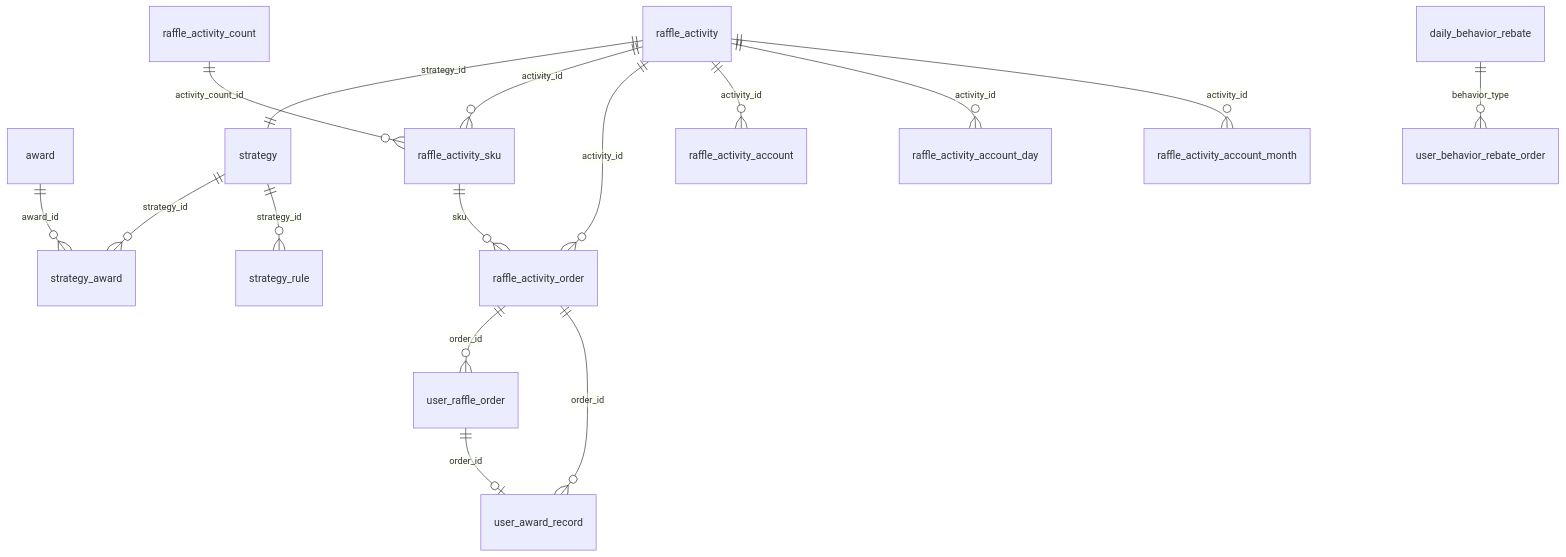
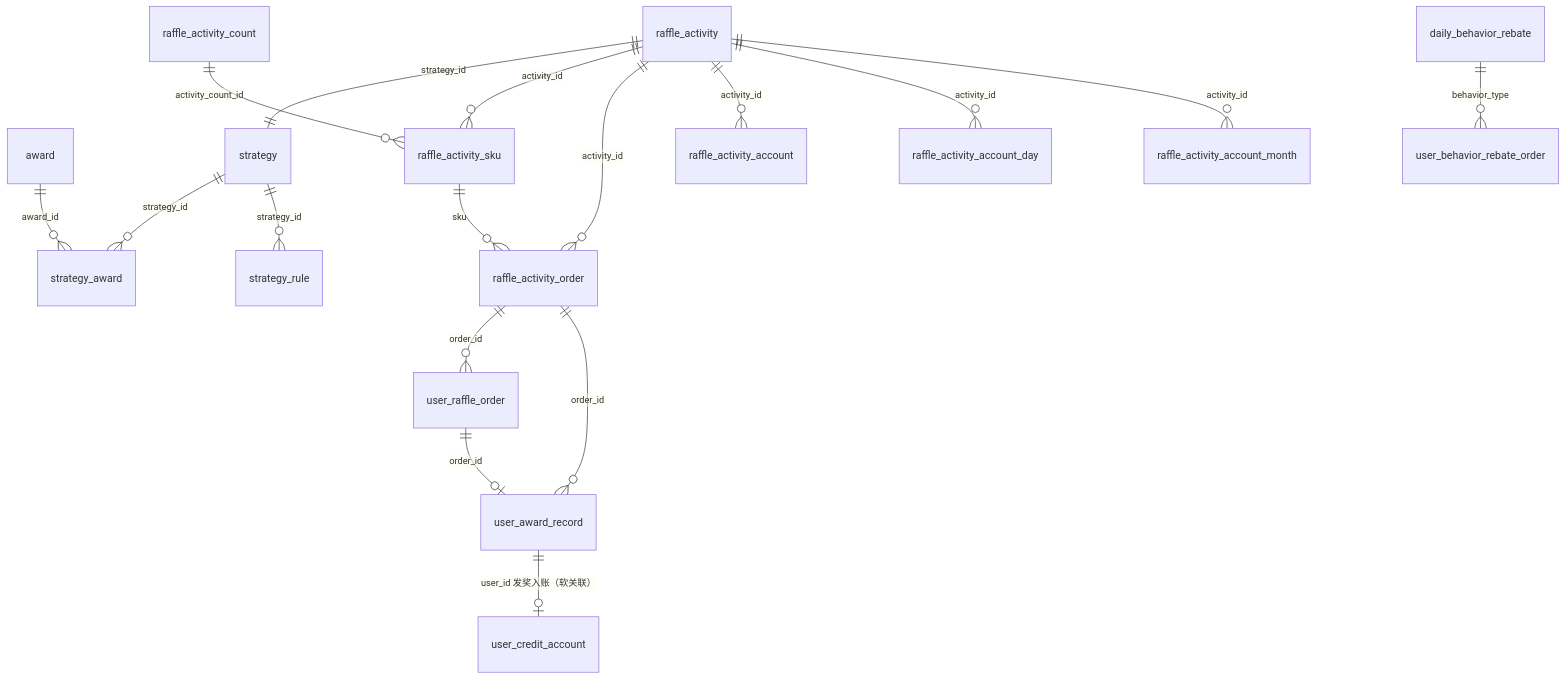
The diagram in docs/dev-ops/mysql/数据库设计文档.md (xiaomage007/marketing), drawn with Mermaid before and after one commit. The commit also changed other lines of this file and 14 other files, not shown here.

````diff
--- a/docs/dev-ops/mysql/数据库设计文档.md
+++ b/docs/dev-ops/mysql/数据库设计文档.md
@@ -79,18 +84,19 @@
 ```mermaid
 erDiagram
     award ||--o{ strategy_award : "award_id"
     strategy ||--o{ strategy_award : "strategy_id"
     strategy ||--o{ strategy_rule : "strategy_id"
     raffle_activity ||--|| strategy : "strategy_id"
     raffle_activity ||--o{ raffle_activity_sku : "activity_id"
     raffle_activity_count ||--o{ raffle_activity_sku : "activity_count_id"
     raffle_activity_sku ||--o{ raffle_activity_order : "sku"
     raffle_activity ||--o{ raffle_activity_order : "activity_id"
     raffle_activity ||--o{ raffle_activity_account : "activity_id"
     raffle_activity ||--o{ raffle_activity_account_day : "activity_id"
     raffle_activity ||--o{ raffle_activity_account_month : "activity_id"
     raffle_activity_order ||--o{ user_raffle_order : "order_id"
     raffle_activity_order ||--o{ user_award_record : "order_id"
     user_raffle_order ||--o| user_award_record : "order_id"
     daily_behavior_rebate ||--o{ user_behavior_rebate_order : "behavior_type"
+    user_award_record ||--o| user_credit_account : "user_id 发奖入账（软关联）"
 ```
````
